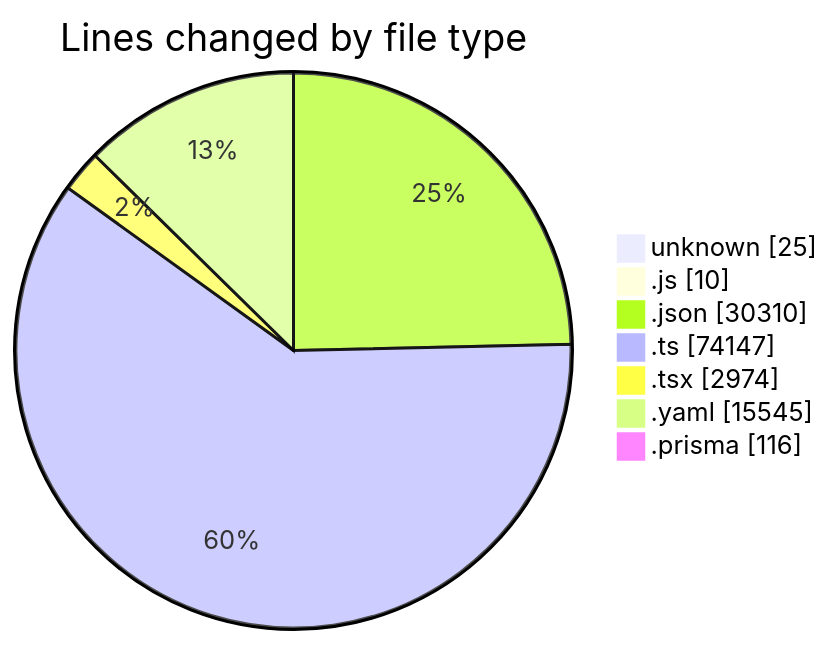
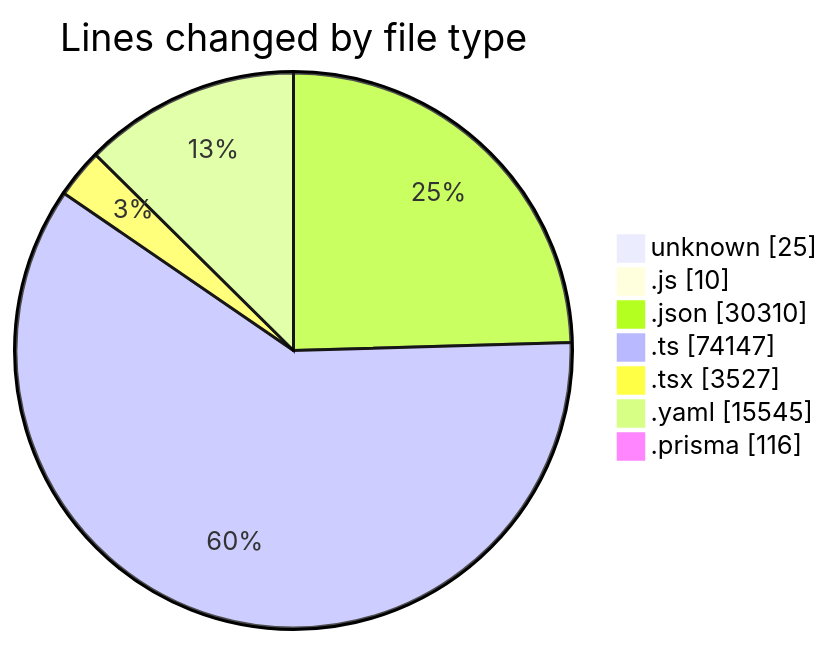
One commit to CELIANVF/code-tracking changed the first of 2 diagrams in 2025-05-02/ecodeli/README.md. Above: the diagram before and after it, drawn with Mermaid. The commit also changed other lines of this file and 1 other file, not shown here.

````diff
--- a/2025-05-02/ecodeli/README.md
+++ b/2025-05-02/ecodeli/README.md
@@ -64,11 +65,11 @@
 ```mermaid
 pie showData
 title Lines changed by file type
 "unknown" : 25
 ".js" : 10
 ".json" : 30310
 ".ts" : 74147
-".tsx" : 2974
+".tsx" : 3527
 ".yaml" : 15545
 ".prisma" : 116
 ```
````
